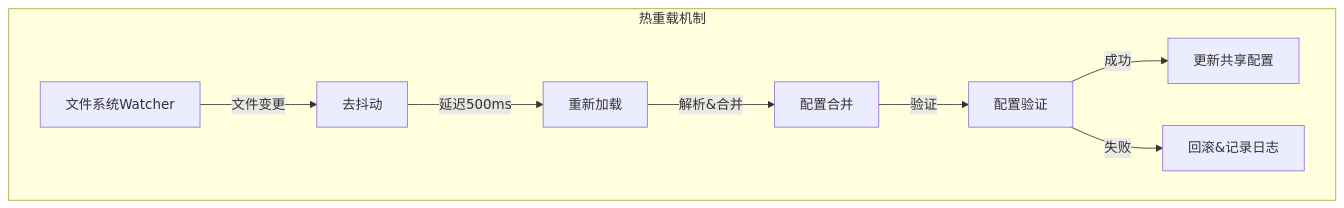
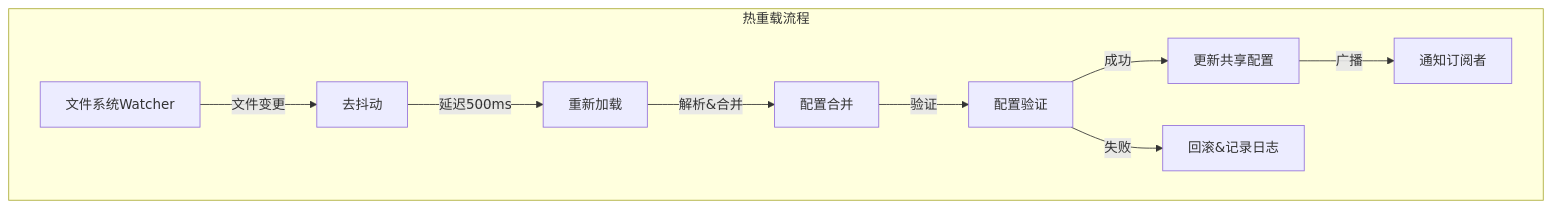
Before and after one commit to MiyakoMeow/neco: the sixth of 7 diagrams in progress/TECH-CONFIG.md, drawn with Mermaid. The commit also changed other lines of this file and 5 other files, not shown here.

````diff
--- a/progress/TECH-CONFIG.md
+++ b/progress/TECH-CONFIG.md
@@ -510,11 +727,12 @@
 ```mermaid
 graph TB
-    subgraph "热重载机制"
+    subgraph "热重载流程"
         W[文件系统Watcher] -->|文件变更| D[去抖动]
         D -->|延迟500ms| L[重新加载]
         L -->|解析&合并| M[配置合并]
         M -->|验证| V[配置验证]
         V -->|成功| U[更新共享配置]
         V -->|失败| R[回滚&记录日志]
+        U -->|广播| N[通知订阅者]
     end
 ```
````
